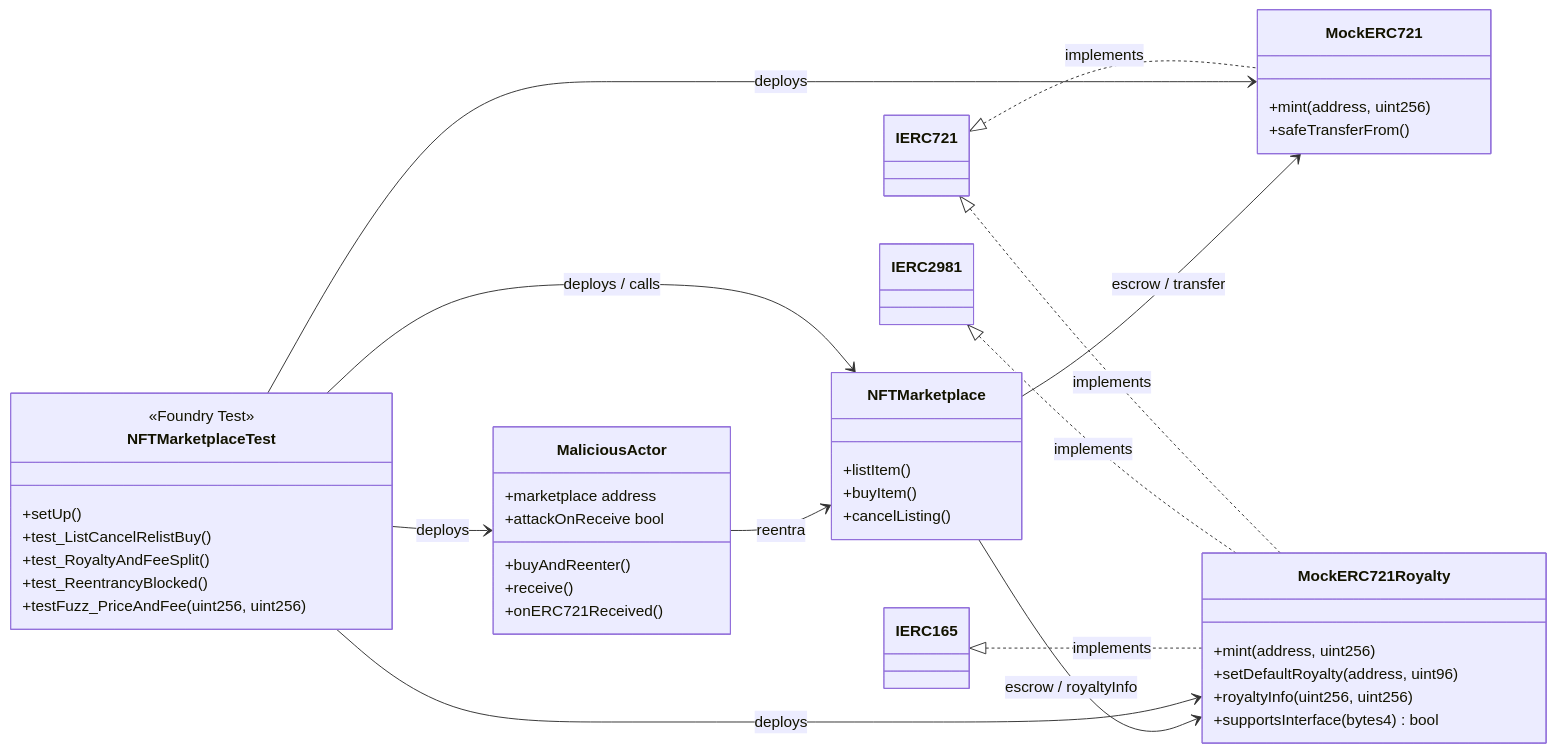
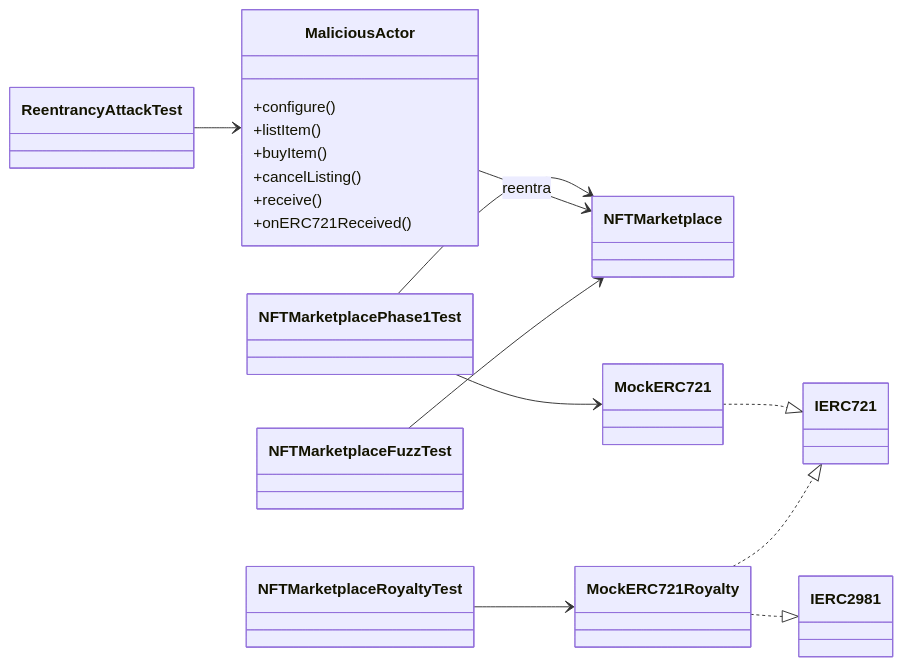
One commit to rastrahm/nft-marketplace changed the second of 3 diagrams in doc/diagrama-clases.md. Above: the diagram before and after it, drawn with Mermaid. The commit also changed other lines of this file and 8 other files, not shown here.

````diff
--- a/doc/diagrama-clases.md
+++ b/doc/diagrama-clases.md
@@ -87,52 +79,30 @@
 ```mermaid
 classDiagram
     direction LR
 
-    class NFTMarketplace {
+    class NFTMarketplace
+    class MockERC721
+    class MockERC721Royalty
+    class MaliciousActor {
+        +configure()
         +listItem()
         +buyItem()
         +cancelListing()
-    }
-
-    class MockERC721 {
-        +mint(address, uint256)
-        +safeTransferFrom()
-    }
-
-    class MockERC721Royalty {
-        +mint(address, uint256)
-        +setDefaultRoyalty(address, uint96)
-        +royaltyInfo(uint256, uint256)
-        +supportsInterface(bytes4) bool
-    }
-
-    class MaliciousActor {
-        +marketplace address
-        +attackOnReceive bool
-        +buyAndReenter()
         +receive()
         +onERC721Received()
     }
+    class NFTMarketplacePhase1Test
+    class NFTMarketplaceRoyaltyTest
+    class ReentrancyAttackTest
+    class NFTMarketplaceFuzzTest
 
-    class NFTMarketplaceTest {
-        <<Foundry Test>>
-        +setUp()
-        +test_ListCancelRelistBuy()
-        +test_RoyaltyAndFeeSplit()
-        +test_ReentrancyBlocked()
-        +testFuzz_PriceAndFee(uint256, uint256)
-    }
-
-    IERC721 <|.. MockERC721 : implements
-    IERC721 <|.. MockERC721Royalty : implements
-    IERC2981 <|.. MockERC721Royalty : implements
-    IERC165 <|.. MockERC721Royalty : implements
-
-    NFTMarketplaceTest --> NFTMarketplace : deploys / calls
-    NFTMarketplaceTest --> MockERC721 : deploys
-    NFTMarketplaceTest --> MockERC721Royalty : deploys
-    NFTMarketplaceTest --> MaliciousActor : deploys
+    MockERC721 ..|> IERC721
+    MockERC721Royalty ..|> IERC721
+    MockERC721Royalty ..|> IERC2981
+    NFTMarketplacePhase1Test --> NFTMarketplace
+    NFTMarketplacePhase1Test --> MockERC721
+    NFTMarketplaceRoyaltyTest --> MockERC721Royalty
+    ReentrancyAttackTest --> MaliciousActor
     MaliciousActor --> NFTMarketplace : reentra
-    NFTMarketplace --> MockERC721 : escrow / transfer
-    NFTMarketplace --> MockERC721Royalty : escrow / royaltyInfo
+    NFTMarketplaceFuzzTest --> NFTMarketplace
 ```
````
